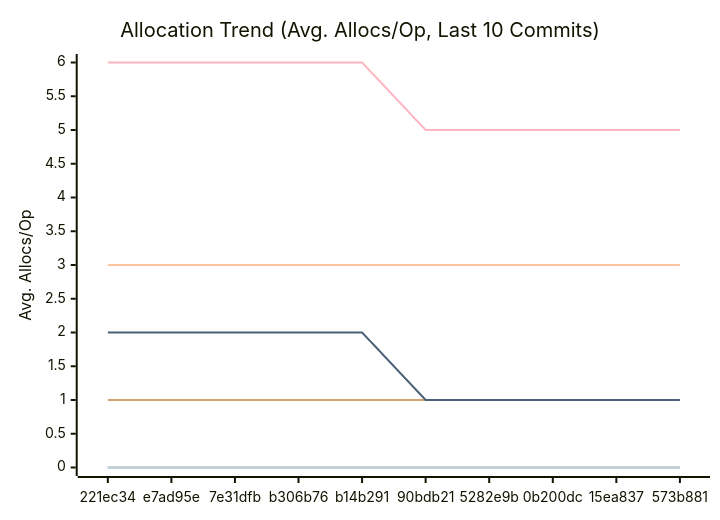
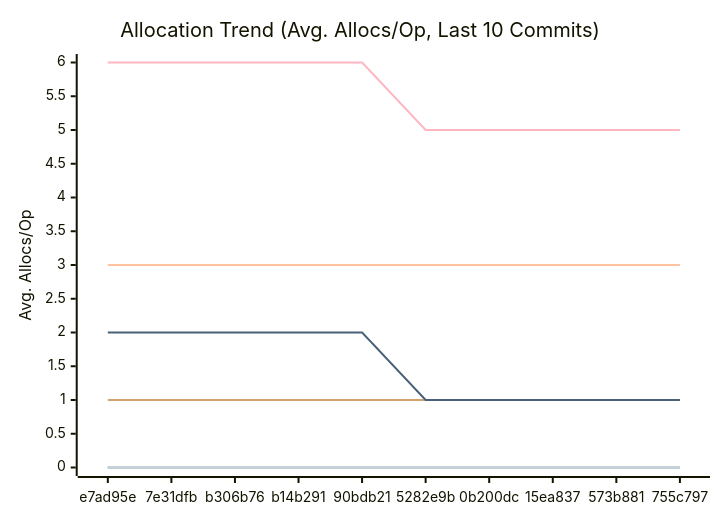
Before and after one commit to alsotoes/momo: the third of 3 diagrams in docs/PERFORMANCE.md, drawn with Mermaid. The commit also changed other lines of this file and 3 other files, not shown here.

````diff
--- a/docs/PERFORMANCE.md
+++ b/docs/PERFORMANCE.md
@@ -114,16 +114,16 @@
 ```mermaid
 xychart-beta
     title "Allocation Trend (Avg. Allocs/Op, Last 10 Commits)"
     x-axis "Commit"
     y-axis "Avg. Allocs/Op"
-    x-axis [221ec34,e7ad95e,7e31dfb,b306b76,b14b291,90bdb21,5282e9b,0b200dc,15ea837,573b881]
+    x-axis [e7ad95e,7e31dfb,b306b76,b14b291,90bdb21,5282e9b,0b200dc,15ea837,573b881,755c797]
     line "CheckMetricsAndSwap" [0,0,0,0,0,0,0,0,0,0]
     line "CrushOptimized" [0,0,0,0,0,0,0,0,0,0]
     line "CrushOriginal" [3,3,3,3,3,3,3,3,3,3]
     line "IndexDirectTracking" [0,0,0,0,0,0,0,0,0,0]
     line "IndexSearch" [0,0,0,0,0,0,0,0,0,0]
     line "LoadGlobalConfig" [1,1,1,1,1,1,1,1,1,1]
     line "PadString" [0,0,0,0,0,0,0,0,0,0]
     line "ParseReplicationOrder_NoPrealloc" [6,6,6,6,6,5,5,5,5,5]
     line "ParseReplicationOrder_Prealloc" [2,2,2,2,2,1,1,1,1,1]
 ```
````
